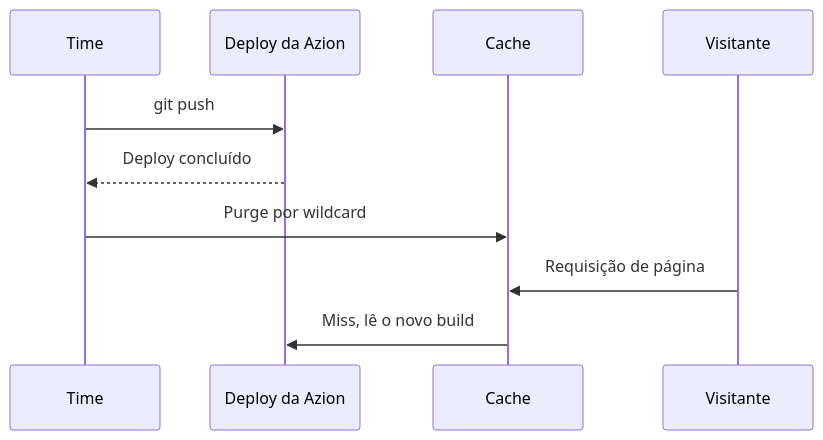
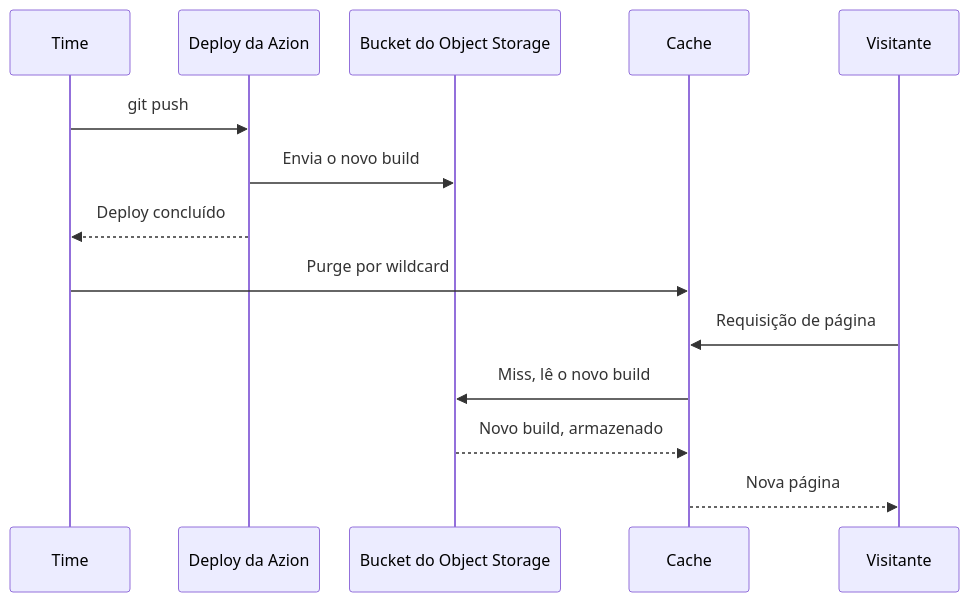
One commit to aziontech/docs changed the second of 2 diagrams in apps/docs/src/content/docs/pt-br/pages/casos-de-uso/construir-e-executar-aplicacoes/criar-e-operar-sites-de-marketing.mdx. Above: the diagram before and after it, drawn with Mermaid. The commit also changed other lines of this file and 55 other files, not shown here.

Commit message:
docs(use-cases): redraw the use-case diagrams with the way back and check their claims (#2509)

````diff
--- a/apps/docs/src/content/docs/pt-br/pages/casos-de-uso/construir-e-executar-aplicacoes/criar-e-operar-sites-de-marketing.mdx
+++ b/apps/docs/src/content/docs/pt-br/pages/casos-de-uso/construir-e-executar-aplicacoes/criar-e-operar-sites-de-marketing.mdx
@@ -92,13 +107,17 @@
 ```mermaid
-%%{init: {"layout": "dagre", "themeVariables": {"fontSize": "13px"}, "flowchart": {"nodeSpacing": 12, "rankSpacing": 12, "padding": 6, "wrappingWidth": 70, "minNodeWidth": 40, "useMaxWidth": true}}}%%
+%%{init: {"layout": "elk", "themeVariables": {"fontSize": "13px"}, "flowchart": {"nodeSpacing": 24, "rankSpacing": 36, "padding": 8, "wrappingWidth": 150, "useMaxWidth": true}, "sequence": {"width": 120, "actorMargin": 30, "useMaxWidth": true}}}%%
 sequenceDiagram
   participant Team as Time
   participant Azion as Deploy da Azion
+  participant Bucket as Bucket do Object Storage
   participant Cache as Cache
   participant Visitor as Visitante
   Team->>Azion: git push
+  Azion->>Bucket: Envia o novo build
   Azion-->>Team: Deploy concluído
   Team->>Cache: Purge por wildcard
   Visitor->>Cache: Requisição de página
-  Cache->>Azion: Miss, lê o novo build
+  Cache->>Bucket: Miss, lê o novo build
+  Bucket-->>Cache: Novo build, armazenado
+  Cache-->>Visitor: Nova página
 ```
````
